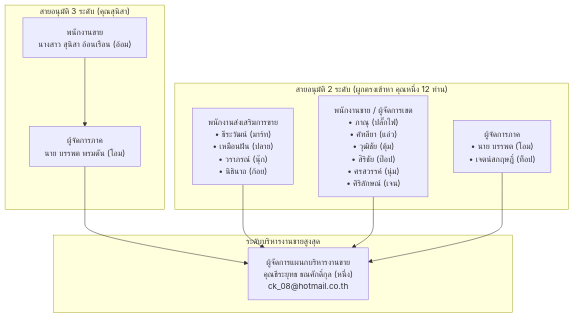
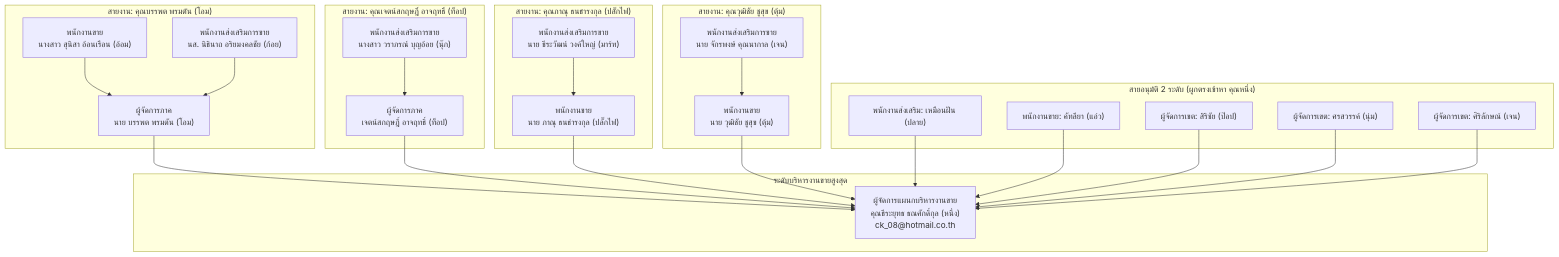
One commit to bankhk10/crm-bank changed the diagram in docs/approval-hierarchy.md. Above: the diagram before and after it, drawn with Mermaid. The commit also changed other lines of this file, not shown here.

````diff
--- a/docs/approval-hierarchy.md
+++ b/docs/approval-hierarchy.md
@@ -13,17 +13,35 @@
 ```mermaid
 flowchart TD
     subgraph TOP ["ระดับบริหารงานขายสูงสุด"]
         DIR["ผู้จัดการแผนกบริหารงานขาย<br/>คุณธีระยุทธ ธณศักดิ์กุล (หนึ่ง)<br/>ck_08@hotmail.co.th"]
     end
 
-    subgraph CHAIN_SUNISA ["สายอนุมัติ 3 ระดับ (คุณสุนิสา)"]
-        SUNISA["พนักงานขาย<br/>นางสาว สุนิสา อ้อนเรือน (อ้อม)"] --> OHM1["ผู้จัดการภาค<br/>นาย บรรพต พรมตัน (โอม)"]
-        OHM1 --> DIR
+    subgraph CHAIN_OHM ["สายงาน: คุณบรรพต พรมตัน (โอม)"]
+        OHM["ผู้จัดการภาค<br/>นาย บรรพต พรมตัน (โอม)"] --> DIR
+        SUNISA["พนักงานขาย<br/>นางสาว สุนิสา อ้อนเรือน (อ้อม)"] --> OHM
+        KOI["พนักงานส่งเสริมการขาย<br/>นส. นิธินาถ อริยมงคลชัย (ก้อย)"] --> OHM
     end
 
-    subgraph DIRECT_STAFF ["สายอนุมัติ 2 ระดับ (ผูกตรงเข้าหา คุณหนึ่ง 12 ท่าน)"]
-        PROMOTERS["พนักงานส่งเสริมการขาย<br/>• ธีระวัฒน์ (มาร์ท)<br/>• เหมือนฝัน (ปลาย)<br/>• วราภรณ์ (นุ๊ก)<br/>• นิธินาถ (ก้อย)"] --> DIR
-        SALES["พนักงานขาย / ผู้จัดการเขต<br/>• ภาณุ (ปลั๊กไฟ)<br/>• คัทลียา (แอ๋ว)<br/>• วุฒิชัย (ตุ้ม)<br/>• สิริชัย (ป๊อป)<br/>• ศรสวรรค์ (นุ่ม)<br/>• ศิริลักษณ์ (เจน)"] --> DIR
-        MANAGERS["ผู้จัดการภาค<br/>• นาย บรรพต (โอม)<br/>• เจตน์สกฤษฎิ์ (ท็อป)"] --> DIR
+    subgraph CHAIN_TOP ["สายงาน: คุณเจตน์สกฤษฎิ์ อาจฤทธิ์ (ท็อป)"]
+        TOP_MGR["ผู้จัดการภาค<br/>เจตน์สกฤษฎิ์ อาจฤทธิ์ (ท็อป)"] --> DIR
+        NOOK["พนักงานส่งเสริมการขาย<br/>นางสาว วราภรณ์ บุญอ้อย (นุ๊ก)"] --> TOP_MGR
+    end
+
+    subgraph CHAIN_PLUG ["สายงาน: คุณภาณุ ธนธำรงกุล (ปลั๊กไฟ)"]
+        PLUG["พนักงานขาย<br/>นาย ภาณุ ธนธำรงกุล (ปลั๊กไฟ)"] --> DIR
+        MART["พนักงานส่งเสริมการขาย<br/>นาย ธีระวัฒน์ วงค์ใหญ่ (มาร์ท)"] --> PLUG
+    end
+
+    subgraph CHAIN_TUM ["สายงาน: คุณวุฒิชัย ชูสุข (ตุ้ม)"]
+        TUM["พนักงานขาย<br/>นาย วุฒิชัย ชูสุข (ตุ้ม)"] --> DIR
+        JANE_M["พนักงานส่งเสริมการขาย<br/>นาย จักรพงษ์ คุณนากาล (เจน)"] --> TUM
+    end
+
+    subgraph DIRECT_STAFF ["สายอนุมัติ 2 ระดับ (ผูกตรงเข้าหา คุณหนึ่ง)"]
+        MUEANFAN["พนักงานส่งเสริม: เหมือนฝัน (ปลาย)"] --> DIR
+        AEOW["พนักงานขาย: คัทลียา (แอ๋ว)"] --> DIR
+        POP["ผู้จัดการเขต: สิริชัย (ป๊อป)"] --> DIR
+        NUM["ผู้จัดการเขต: ศรสวรรค์ (นุ่ม)"] --> DIR
+        JANE_F["ผู้จัดการเขต: ศิริลักษณ์ (เจน)"] --> DIR
     end
 ```
````
